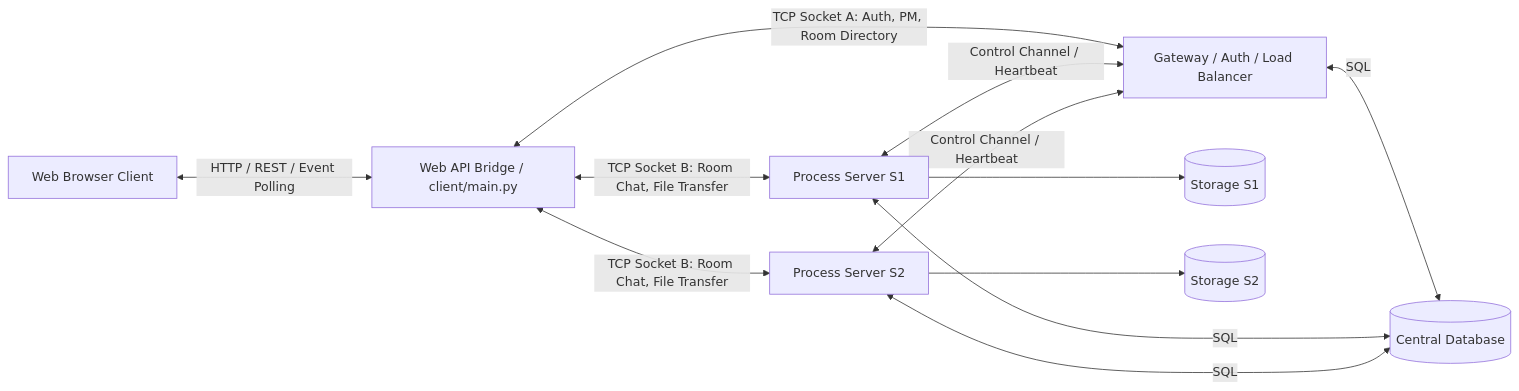
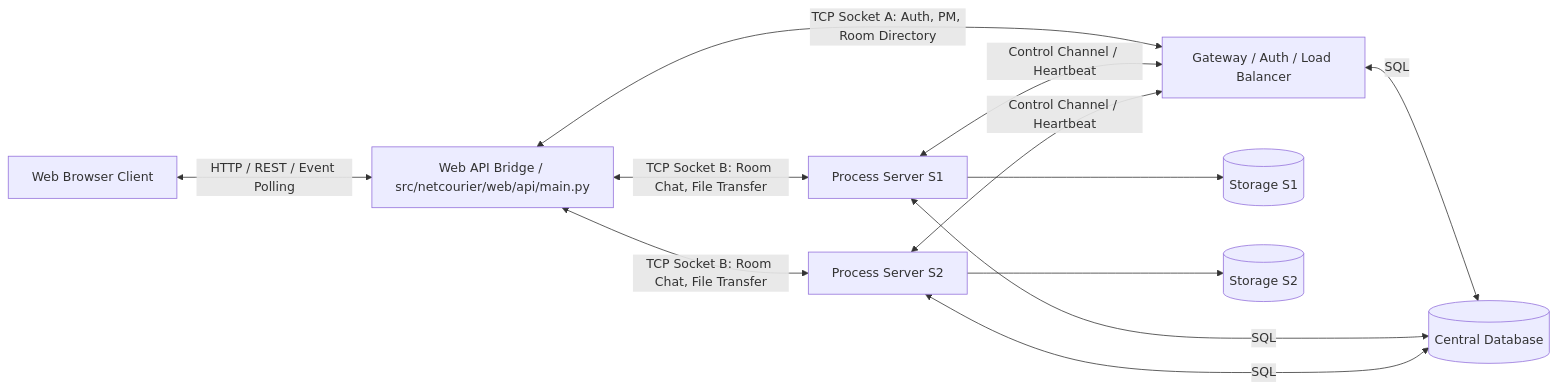
Before and after one commit to erlanggardr/netcourier: the first of 7 diagrams in docs/ARCHITECTURE.md, drawn with Mermaid. The commit also changed other lines of this file and 8 other files, not shown here.

Commit message:
Update all legacy directory paths to src/netcourier/ layout in documentation files

````diff
--- a/docs/ARCHITECTURE.md
+++ b/docs/ARCHITECTURE.md
@@ -17,17 +17,17 @@
 ```mermaid
 flowchart LR
-    Browser[Web Browser Client] <-->|HTTP / REST / Event Polling| Bridge[Web API Bridge / client/main.py]
+    Browser[Web Browser Client] <-->|HTTP / REST / Event Polling| Bridge[Web API Bridge / src/netcourier/web/api/main.py]
     Bridge <-->|TCP Socket A: Auth, PM, Room Directory| G[Gateway / Auth / Load Balancer]
     Bridge <-->|TCP Socket B: Room Chat, File Transfer| S1[Process Server S1]
     Bridge <-->|TCP Socket B: Room Chat, File Transfer| S2[Process Server S2]
 
     G <-->|SQL| DB[(Central Database)]
     S1 <-->|SQL| DB
     S2 <-->|SQL| DB
 
     S1 --> FS1[(Storage S1)]
     S2 --> FS2[(Storage S2)]
 
     S1 <-->|Control Channel / Heartbeat| G
     S2 <-->|Control Channel / Heartbeat| G
 ```
````
